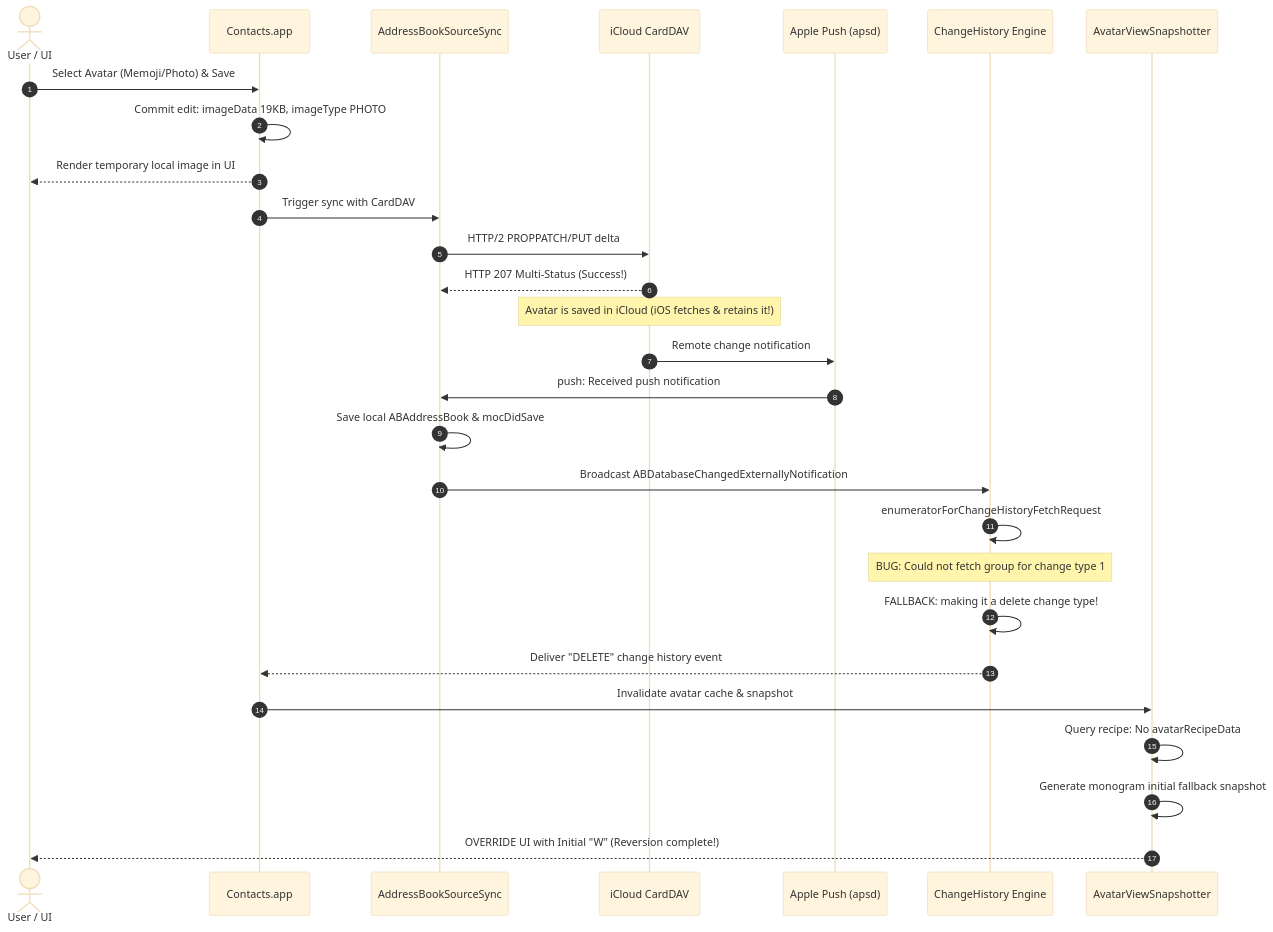
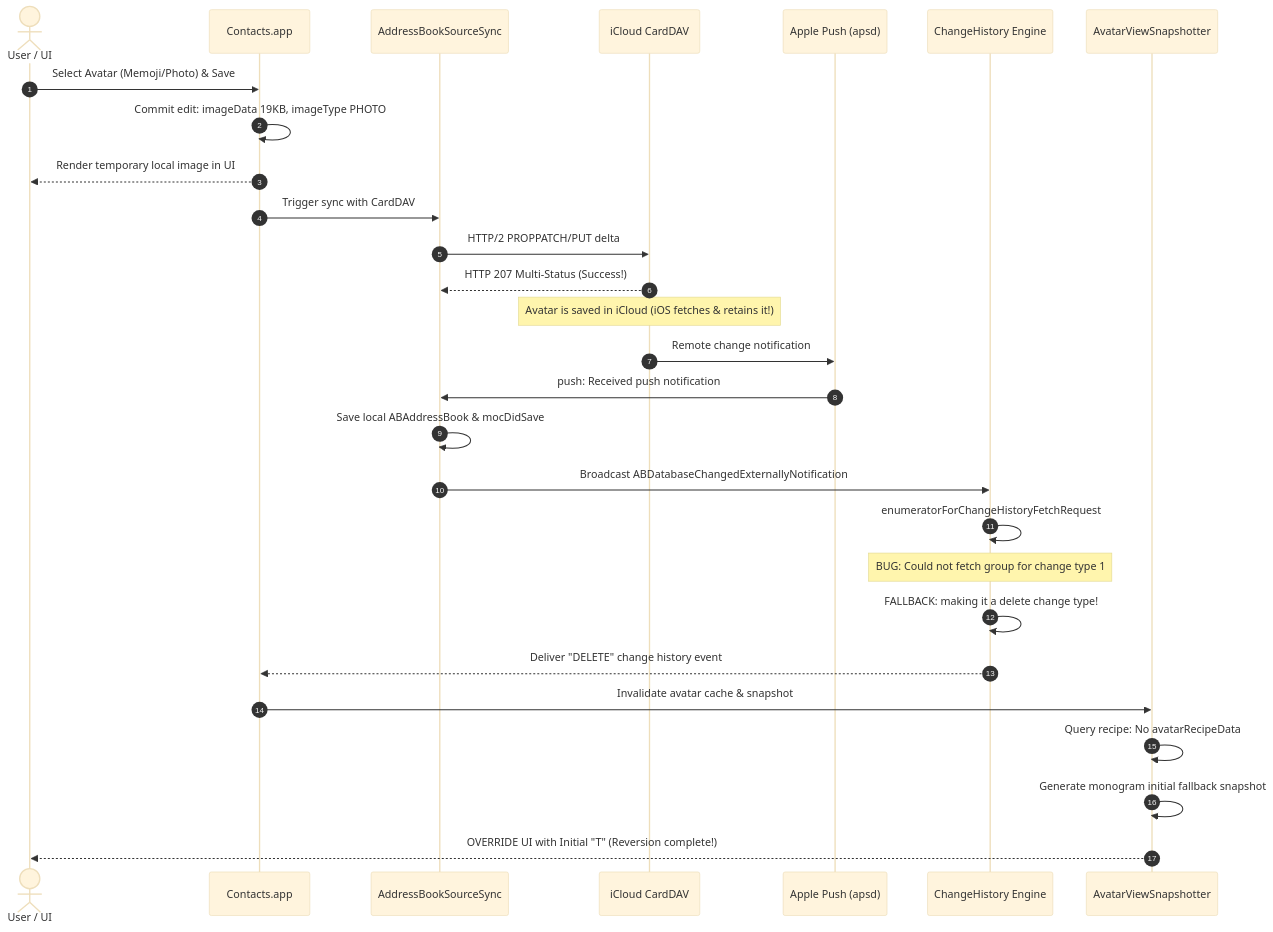
Before and after one commit to Prognosticate-X/macos-contacts-avatar-bug: the diagram in docs/01-technical-root-cause.md, drawn with Mermaid (base theme). The commit also changed 1 other file, not shown here.

Commit message:
docs: generalize contact name to Test and monogram initial to T

````diff
--- a/docs/01-technical-root-cause.md
+++ b/docs/01-technical-root-cause.md
@@ -15,31 +15,31 @@
 ```mermaid
 sequenceDiagram
     autonumber
     actor User as User / UI
     participant Contacts as Contacts.app
     participant ABSS as AddressBookSourceSync
     participant Cloud as iCloud CardDAV
     participant APNS as Apple Push (apsd)
     participant Engine as ChangeHistory Engine
     participant Snapshotter as AvatarViewSnapshotter
 
     User->>Contacts: Select Avatar (Memoji/Photo) & Save
     Contacts->>Contacts: Commit edit: imageData 19KB, imageType PHOTO
     Contacts-->>User: Render temporary local image in UI
     Contacts->>ABSS: Trigger sync with CardDAV
     ABSS->>Cloud: HTTP/2 PROPPATCH/PUT delta
     Cloud-->>ABSS: HTTP 207 Multi-Status (Success!)
     Note over Cloud: Avatar is saved in iCloud (iOS fetches & retains it!)
     Cloud->>APNS: Remote change notification
     APNS->>ABSS: push: Received push notification
     ABSS->>ABSS: Save local ABAddressBook & mocDidSave
     ABSS->>Engine: Broadcast ABDatabaseChangedExternallyNotification
     Engine->>Engine: enumeratorForChangeHistoryFetchRequest
     Note over Engine: BUG: Could not fetch group for change type 1
     Engine->>Engine: FALLBACK: making it a delete change type!
     Engine-->>Contacts: Deliver "DELETE" change history event
     Contacts->>Snapshotter: Invalidate avatar cache & snapshot
     Snapshotter->>Snapshotter: Query recipe: No avatarRecipeData
     Snapshotter->>Snapshotter: Generate monogram initial fallback snapshot
-    Snapshotter-->>User: OVERRIDE UI with Initial "W" (Reversion complete!)
+    Snapshotter-->>User: OVERRIDE UI with Initial "T" (Reversion complete!)
 ```
````
